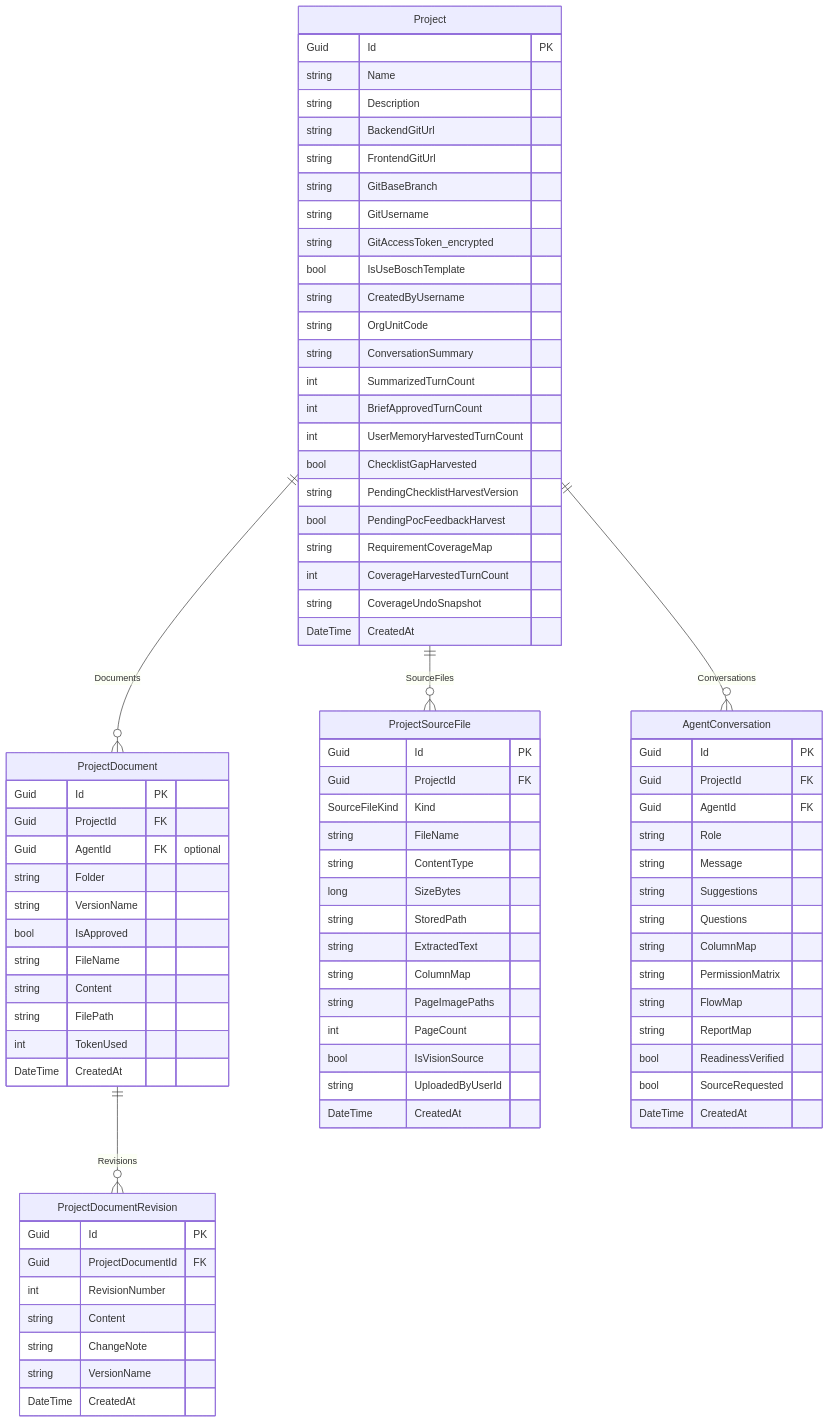
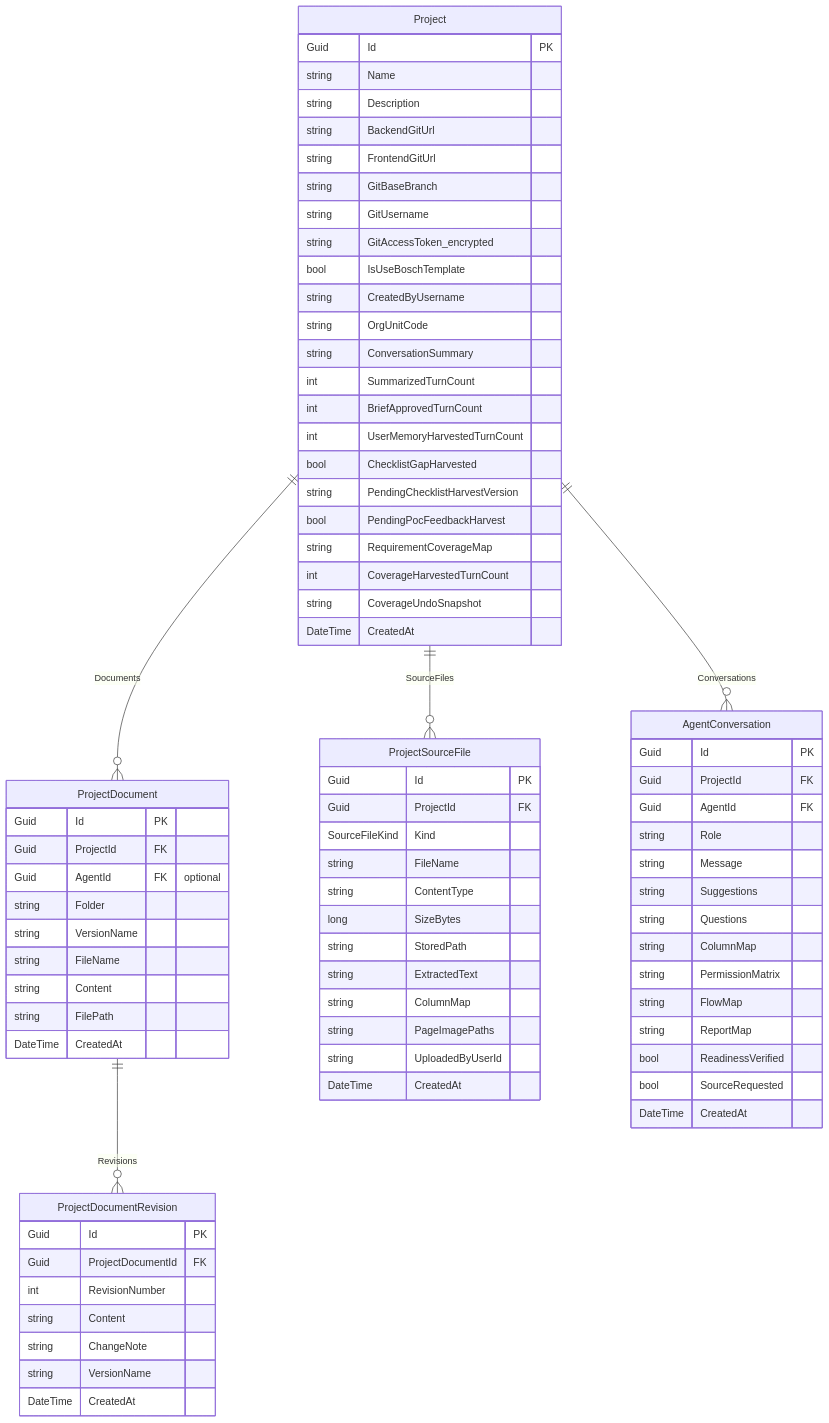
One commit to Songlong0506/ICOGenerator-v4 changed the second of 9 diagrams in docs/data-model.md. Above: the diagram before and after it, drawn with Mermaid. The commit also changed other lines of this file and 65 other files, not shown here.

```diff
--- a/docs/data-model.md
+++ b/docs/data-model.md
@@ -131,11 +131,9 @@
         Guid AgentId FK "optional"
         string Folder
         string VersionName
-        bool IsApproved
         string FileName
         string Content
         string FilePath
-        int TokenUsed
         DateTime CreatedAt
     }
 
@@ -160,8 +158,6 @@
         string ExtractedText
         string ColumnMap
         string PageImagePaths
-        int PageCount
-        bool IsVisionSource
         string UploadedByUserId
         DateTime CreatedAt
     }
```
